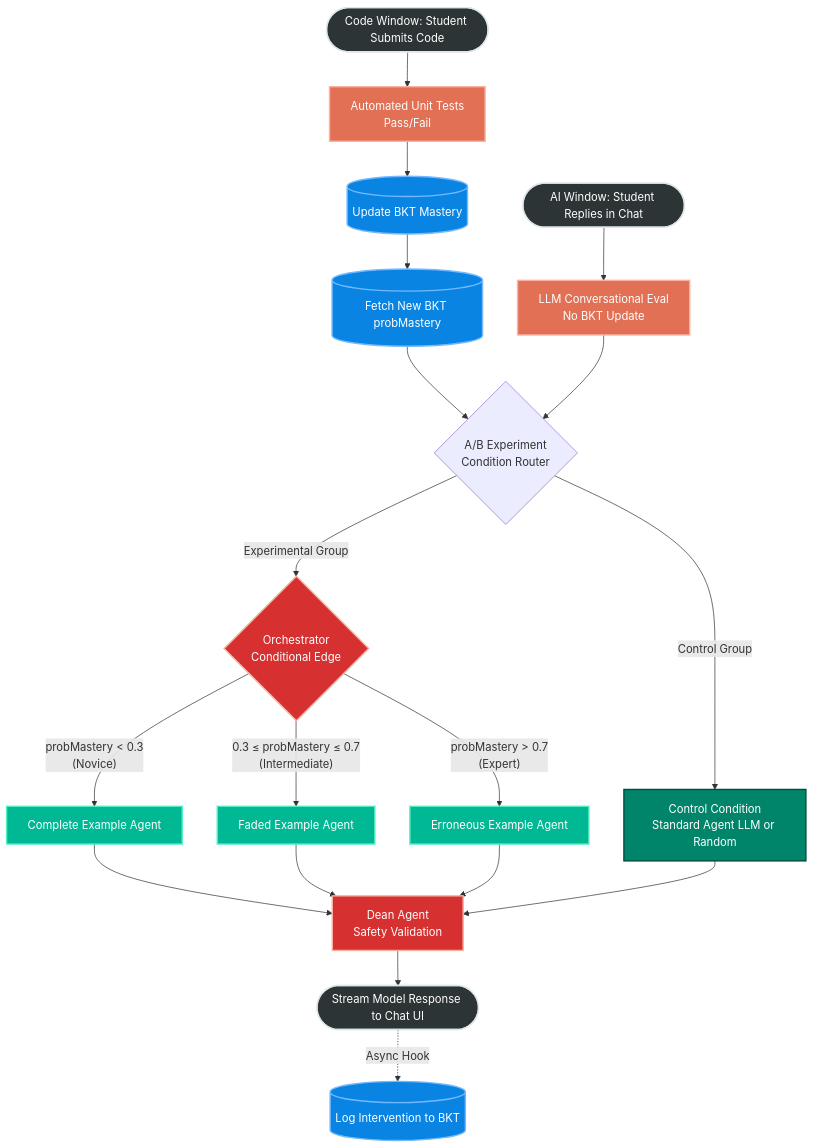
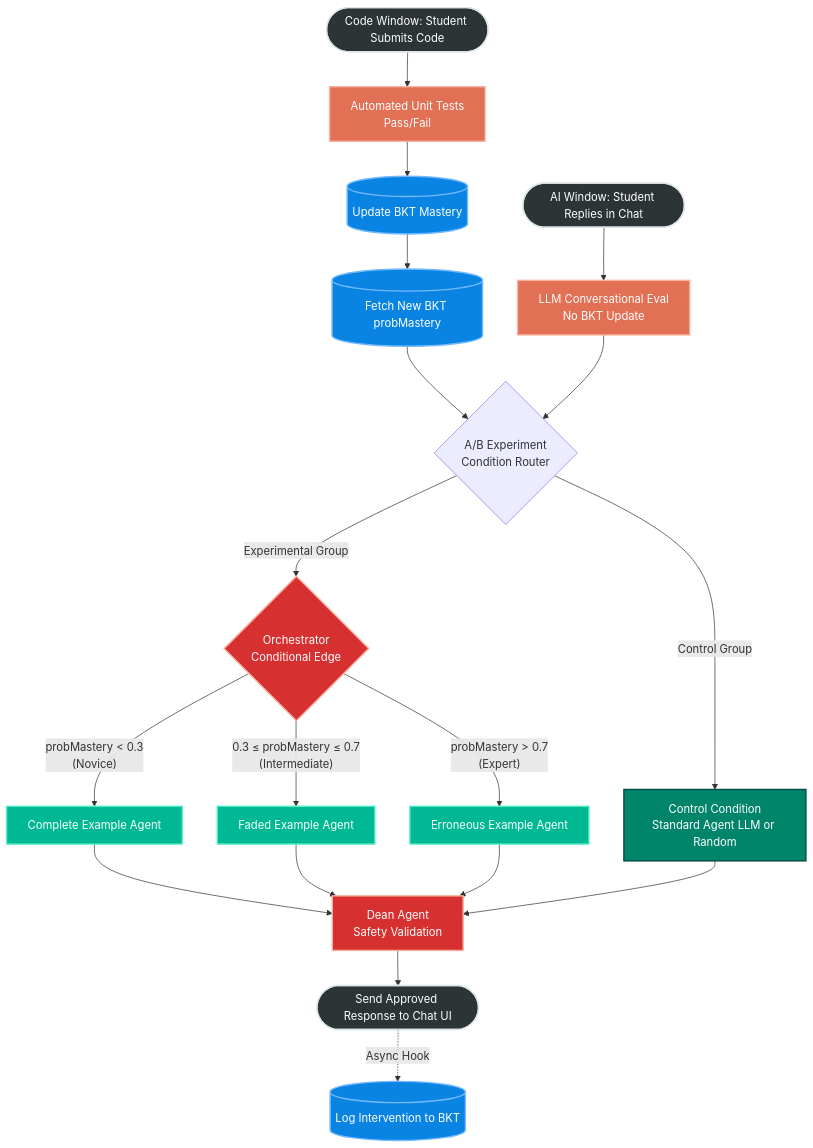
One commit to RMIT-BDSL/ExemplAI changed the diagram in LangGraph_BKT_Architecture_Spec.md. Above: the diagram before and after it, drawn with Mermaid. The commit also changed other lines of this file, not shown here.

````diff
--- a/LangGraph_BKT_Architecture_Spec.md
+++ b/LangGraph_BKT_Architecture_Spec.md
@@ -12,62 +12,62 @@
 ```mermaid
 graph TD
     %% Nodes
     A1([Code Window: Student Submits Code])
     A2([AI Window: Student Replies in Chat])
     B1[Automated Unit Tests<br/>Pass/Fail]
     B2[(Update BKT Mastery)]
     B3[(Fetch New BKT probMastery)]
     LLMEval[LLM Conversational Eval<br/>No BKT Update]
     ExpRouter{A/B Experiment<br/>Condition Router}
     C{Orchestrator<br/>Conditional Edge}
     Control[Control Condition<br/>Standard Agent LLM or Random]
     
     D[Complete Example Agent]
     E[Faded Example Agent]
     F[Erroneous Example Agent]
     
     Dean[Dean Agent<br/>Safety Validation]
-    G([Stream Model Response to Chat UI])
+    G([Send Approved Response to Chat UI])
     H[(Log Intervention to BKT)]
 
     %% Flow
     A1 --> B1
     B1 --> B2
     B2 --> B3
     B3 --> ExpRouter
     
     A2 --> LLMEval
     LLMEval --> ExpRouter
     
     ExpRouter -- "Control Group" --> Control
     ExpRouter -- "Experimental Group" --> C
     
     %% Routing Logic
     C -- "probMastery &lt; 0.3<br/>(Novice)" --> D
     C -- "0.3 &le; probMastery &le; 0.7<br/>(Intermediate)" --> E
     C -- "probMastery &gt; 0.7<br/>(Expert)" --> F
     
     D --> Dean
     E --> Dean
     F --> Dean
     Control --> Dean
     Dean --> G
     G -. Async Hook .-> H
 
     %% Styling
     classDef startNode fill:#2d3436,stroke:#dfe6e9,stroke-width:2px,color:#fff
     classDef dbNode fill:#0984e3,stroke:#74b9ff,stroke-width:2px,color:#fff
     classDef edgeNode fill:#d63031,stroke:#fab1a0,stroke-width:2px,color:#fff
     classDef agentNode fill:#00b894,stroke:#55efc4,stroke-width:2px,color:#fff
     classDef agent2Node fill:#00856b,stroke:#004d40,stroke-width:2px,color:#fff
     classDef evalNode fill:#e17055,stroke:#fab1a0,stroke-width:2px,color:#fff
     classDef safetyNode fill:#d63031,stroke:#fab1a0,stroke-width:2px,color:#fff
     
     class A1,A2,G startNode
     class B2,B3,H dbNode
     class C edgeNode
     class D,E,F agentNode
     class Control agent2Node
     class B1,LLMEval evalNode
     class Dean safetyNode
 ```
````
